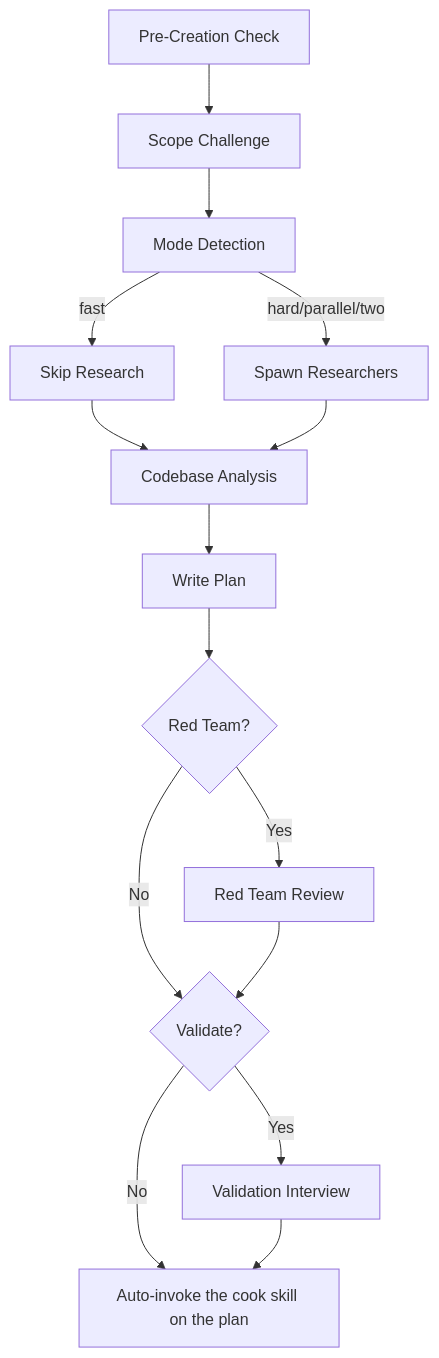
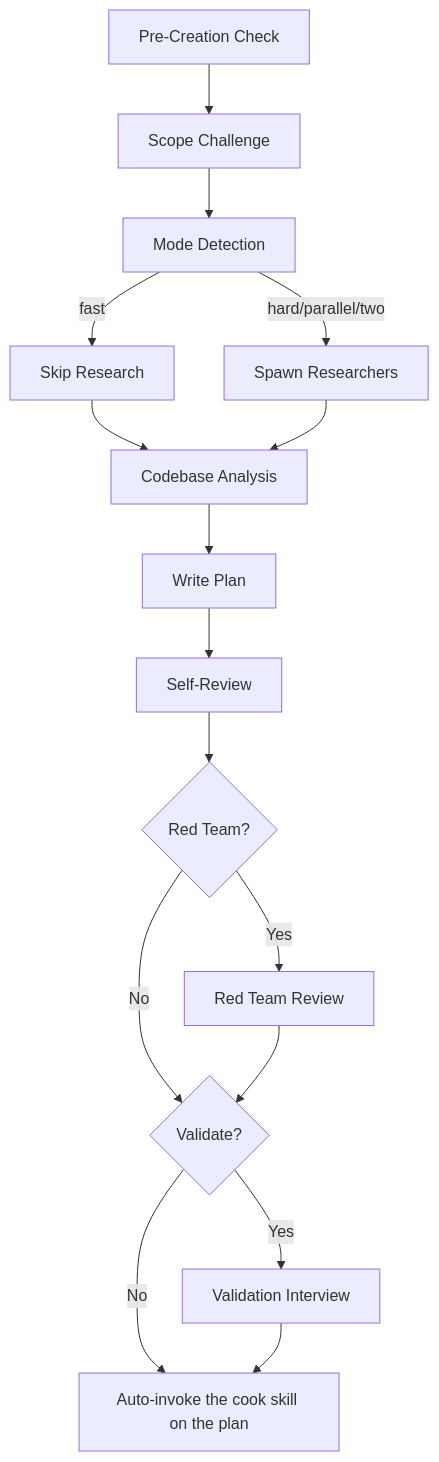
Before and after one commit to dphong1995/skills: the diagram in skills/ck-plan/SKILL.md, drawn with Mermaid. The commit also changed other lines of this file and 5 other files, not shown here.

````diff
--- a/skills/ck-plan/SKILL.md
+++ b/skills/ck-plan/SKILL.md
@@ -83,17 +83,18 @@
 ```mermaid
 flowchart TD
     A[Pre-Creation Check] --> C[Scope Challenge]
     C --> D[Mode Detection]
     D -->|fast| E[Skip Research]
     D -->|hard/parallel/two| F[Spawn Researchers]
     E --> G[Codebase Analysis]
     F --> G
     G --> H[Write Plan]
-    H --> I{Red Team?}
+    H --> S[Self-Review]
+    S --> I{Red Team?}
     I -->|Yes| J[Red Team Review]
     I -->|No| K{Validate?}
     J --> K
     K -->|Yes| L[Validation Interview]
     K -->|No| N[Auto-invoke the cook skill on the plan]
     L --> N
 ```
````
